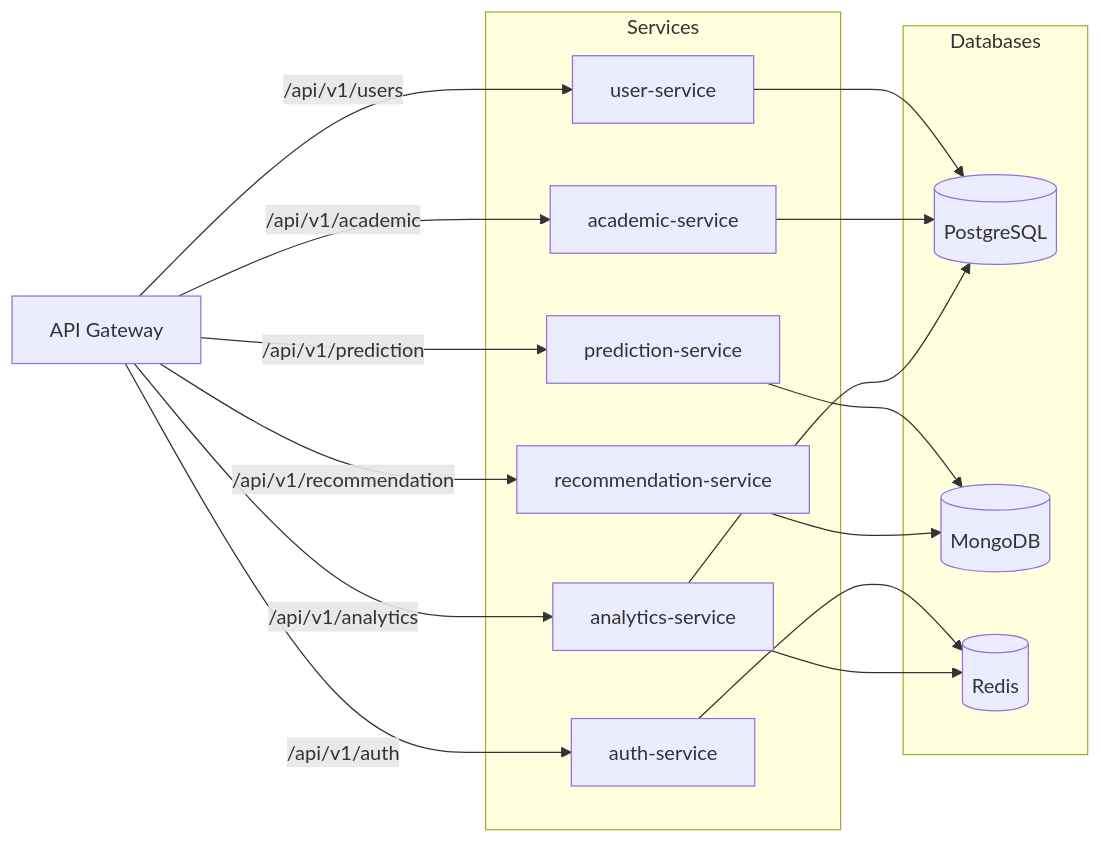
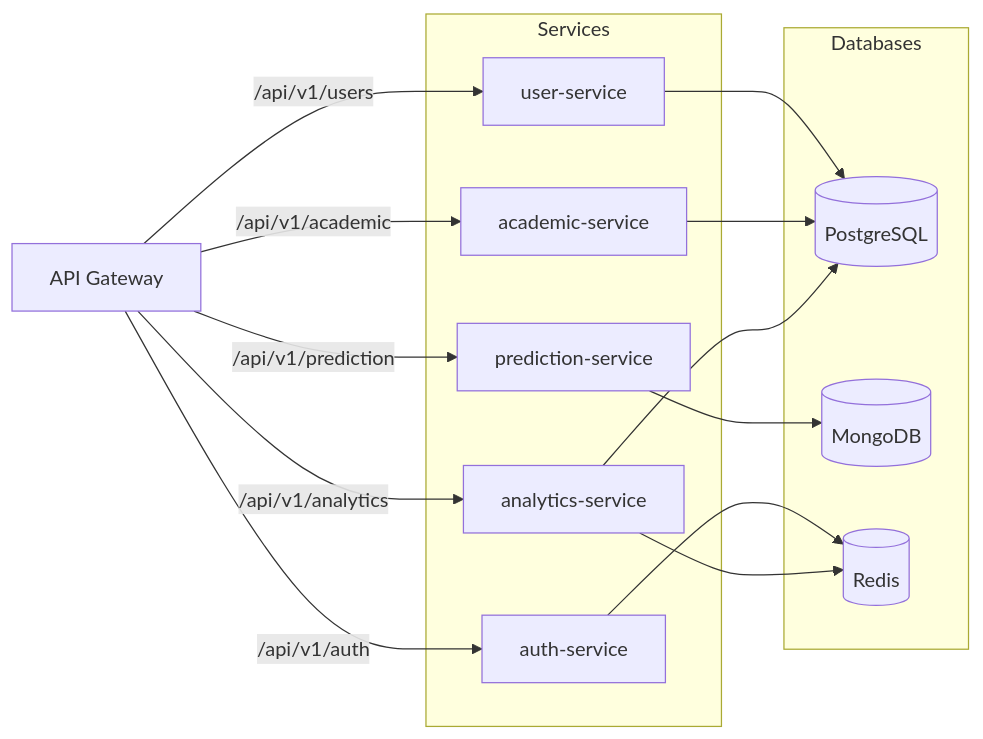
Before and after one commit to MentoraPredict/MentoraPredict: the diagram in docs/diagrams/microservices.mmd, drawn with Mermaid. The commit also changed 18 other files, not shown here.

```diff
--- a/docs/diagrams/microservices.mmd
+++ b/docs/diagrams/microservices.mmd
@@ -1,31 +1,28 @@
 graph LR
   APIGW[API Gateway]
   subgraph Services
     AUTH[auth-service]
     USER[user-service]
     ACADEMIC[academic-service]
     PRED[prediction-service]
-    RECO[recommendation-service]
     ANALYTICS[analytics-service]
   end
   subgraph Databases
     PG[(PostgreSQL)]
     MONGO[(MongoDB)]
     REDIS[(Redis)]
   end
   APIGW -->|/api/v1/auth| AUTH
   APIGW -->|/api/v1/users| USER
   APIGW -->|/api/v1/academic| ACADEMIC
   APIGW -->|/api/v1/prediction| PRED
-  APIGW -->|/api/v1/recommendation| RECO
   APIGW -->|/api/v1/analytics| ANALYTICS
 
   USER --> PG
   ACADEMIC --> PG
   ANALYTICS --> PG
 
   PRED --> MONGO
-  RECO --> MONGO
 
   AUTH --> REDIS
   ANALYTICS --> REDIS
```
